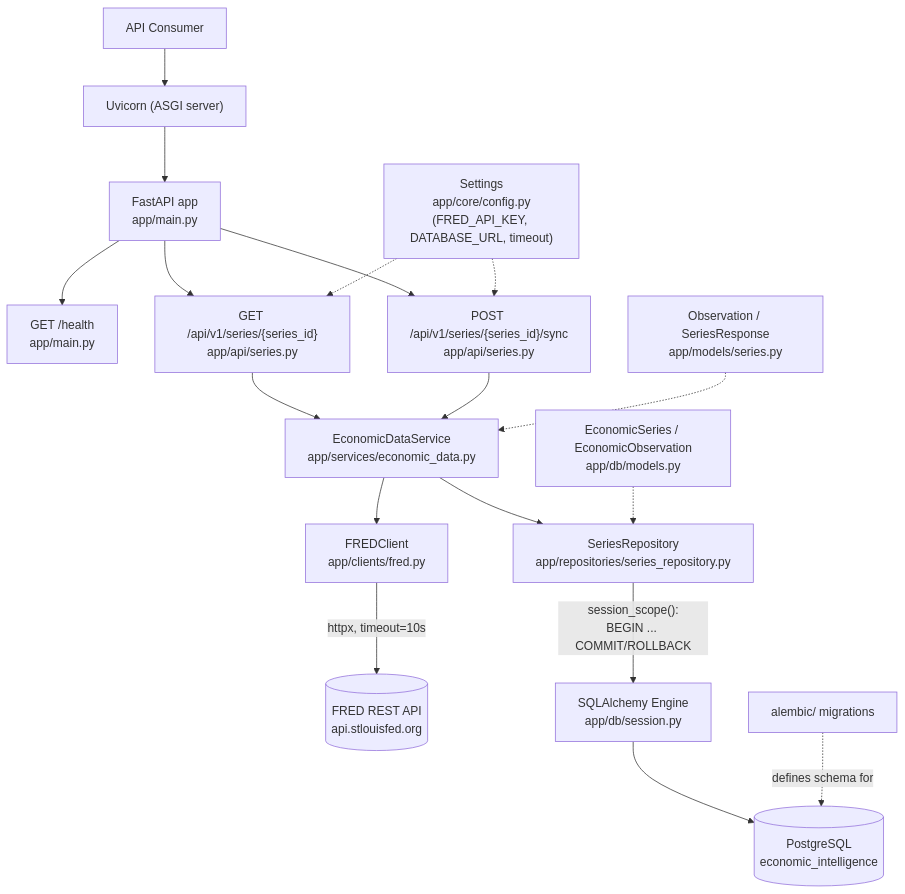
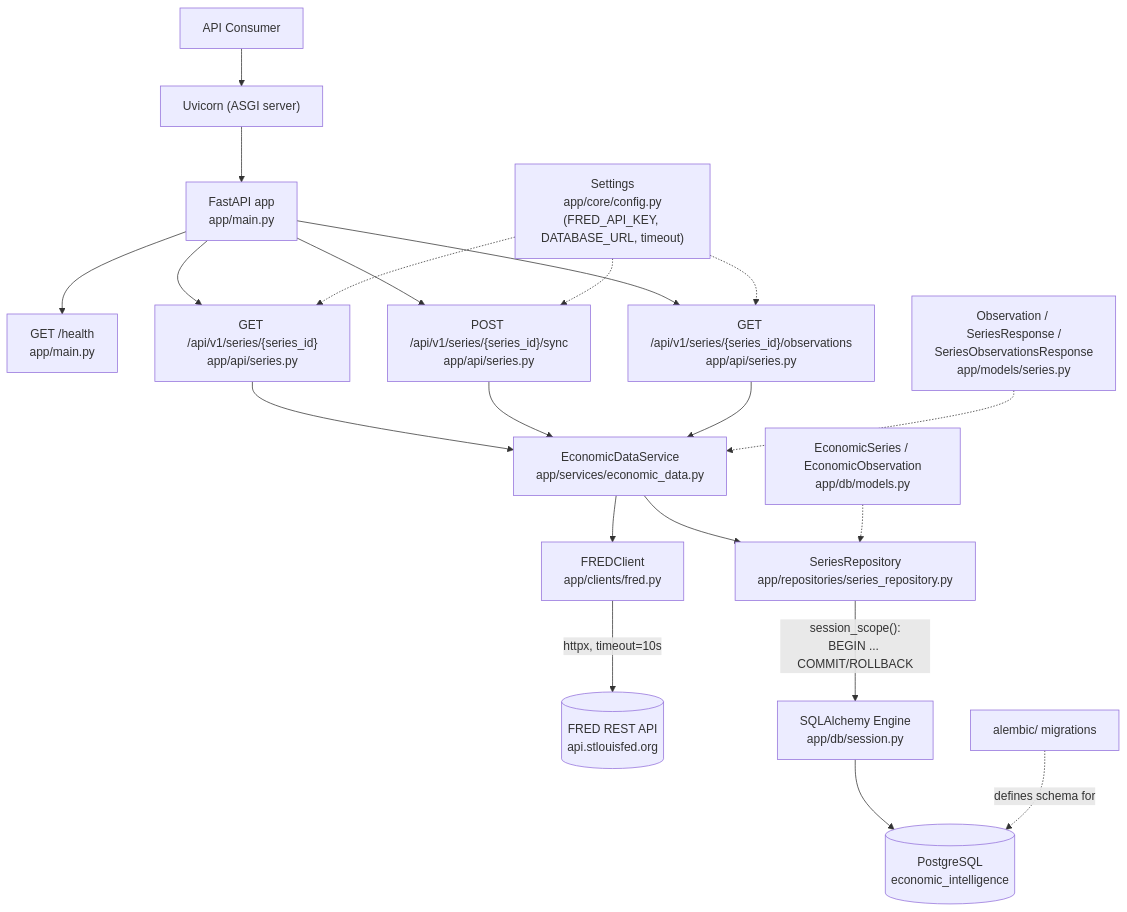
Before and after one commit to JerrodMcHenry/economic-intelligence: the diagram in docs/architecture/current-architecture.md, drawn with Mermaid. The commit also changed other lines of this file and 6 other files, not shown here.

Commit message:
feat: add historical observations query API

````diff
--- a/docs/architecture/current-architecture.md
+++ b/docs/architecture/current-architecture.md
@@ -26,25 +26,28 @@
 ```mermaid
 graph TD
     Consumer["API Consumer"] --> Uvicorn["Uvicorn (ASGI server)"]
     Uvicorn --> App["FastAPI app<br/>app/main.py"]
 
     App --> Health["GET /health<br/>app/main.py"]
     App --> GetRoute["GET /api/v1/series/{series_id}<br/>app/api/series.py"]
     App --> SyncRoute["POST /api/v1/series/{series_id}/sync<br/>app/api/series.py"]
+    App --> ObsRoute["GET /api/v1/series/{series_id}/observations<br/>app/api/series.py"]
 
     GetRoute --> Service["EconomicDataService<br/>app/services/economic_data.py"]
     SyncRoute --> Service
+    ObsRoute --> Service
 
     Service --> Client["FREDClient<br/>app/clients/fred.py"]
     Service --> Repo["SeriesRepository<br/>app/repositories/series_repository.py"]
 
     Client -->|"httpx, timeout=10s"| FRED[("FRED REST API<br/>api.stlouisfed.org")]
     Repo -->|"session_scope():<br/>BEGIN ... COMMIT/ROLLBACK"| Orm["SQLAlchemy Engine<br/>app/db/session.py"]
     Orm --> PG[("PostgreSQL<br/>economic_intelligence")]
 
     Config["Settings<br/>app/core/config.py<br/>(FRED_API_KEY, DATABASE_URL, timeout)"] -.-> GetRoute
     Config -.-> SyncRoute
-    Models["Observation / SeriesResponse<br/>app/models/series.py"] -.-> Service
+    Config -.-> ObsRoute
+    Models["Observation / SeriesResponse /<br/>SeriesObservationsResponse<br/>app/models/series.py"] -.-> Service
     OrmModels["EconomicSeries / EconomicObservation<br/>app/db/models.py"] -.-> Repo
     Alembic["alembic/ migrations"] -.->|"defines schema for"| PG
 ```
````
